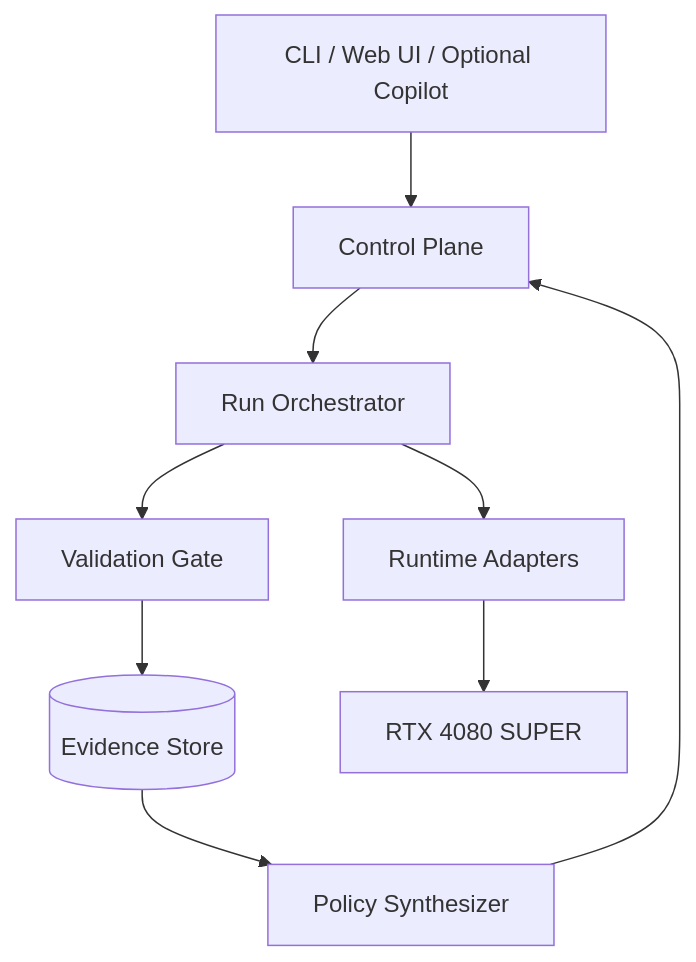
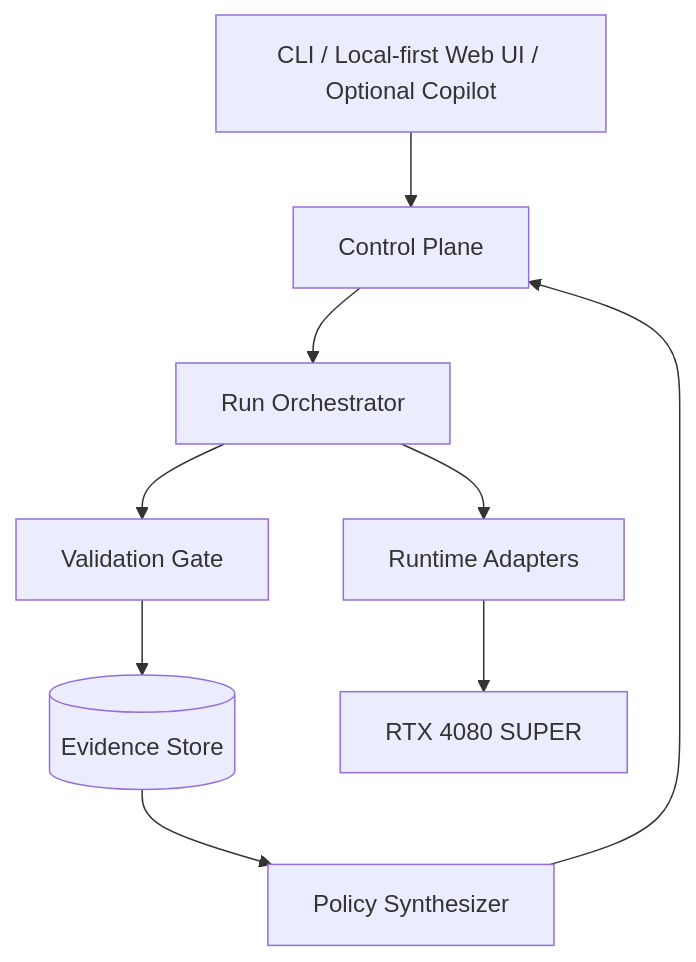
One commit to hanklin9188/EdgeFlow changed the diagram in docs/01_SYSTEM_ARCHITECTURE.md. Above: the diagram before and after it, drawn with Mermaid. The commit also changed other lines of this file and 48 other files, not shown here.

First line of the commit message:
Build secure local-first EdgeFlow control app (#2)

````diff
--- a/docs/01_SYSTEM_ARCHITECTURE.md
+++ b/docs/01_SYSTEM_ARCHITECTURE.md
@@ -13,20 +15,20 @@
 ```mermaid
 flowchart TB
-    U[CLI / Web UI / Optional Copilot]
+    U[CLI / Local-first Web UI / Optional Copilot]
     C[Control Plane]
     R[Run Orchestrator]
     V[Validation Gate]
     E[(Evidence Store)]
     P[Policy Synthesizer]
     A[Runtime Adapters]
     H[RTX 4080 SUPER]
 
     U --> C
     C --> R
     R --> A
     A --> H
     R --> V
     V --> E
     E --> P
     P --> C
 ```
````
